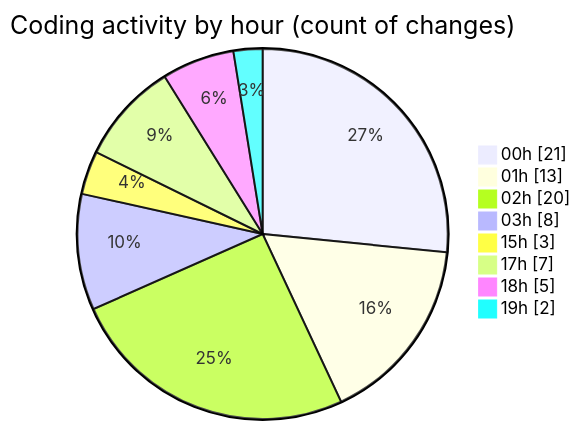
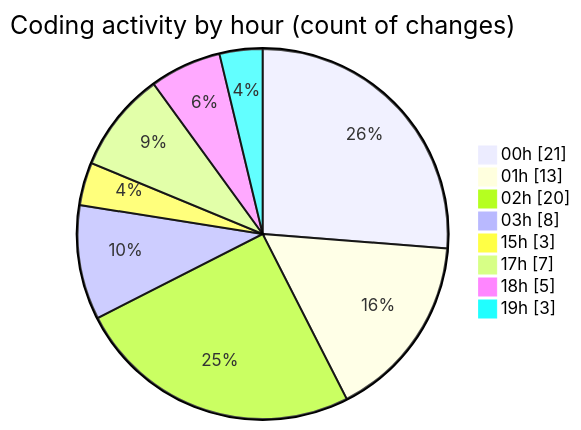
Before and after one commit to Ritupan-Deka/code-tracking: the second of 2 diagrams in 2025-06-22/___base/README.md, drawn with Mermaid. The commit also changed other lines of this file and 1 other file, not shown here.

````diff
--- a/2025-06-22/___base/README.md
+++ b/2025-06-22/___base/README.md
@@ -36,12 +36,12 @@
 ```mermaid
 pie showData
 title Coding activity by hour (count of changes)
 "00h" : 21
 "01h" : 13
 "02h" : 20
 "03h" : 8
 "15h" : 3
 "17h" : 7
 "18h" : 5
-"19h" : 2
+"19h" : 3
 ```
````
